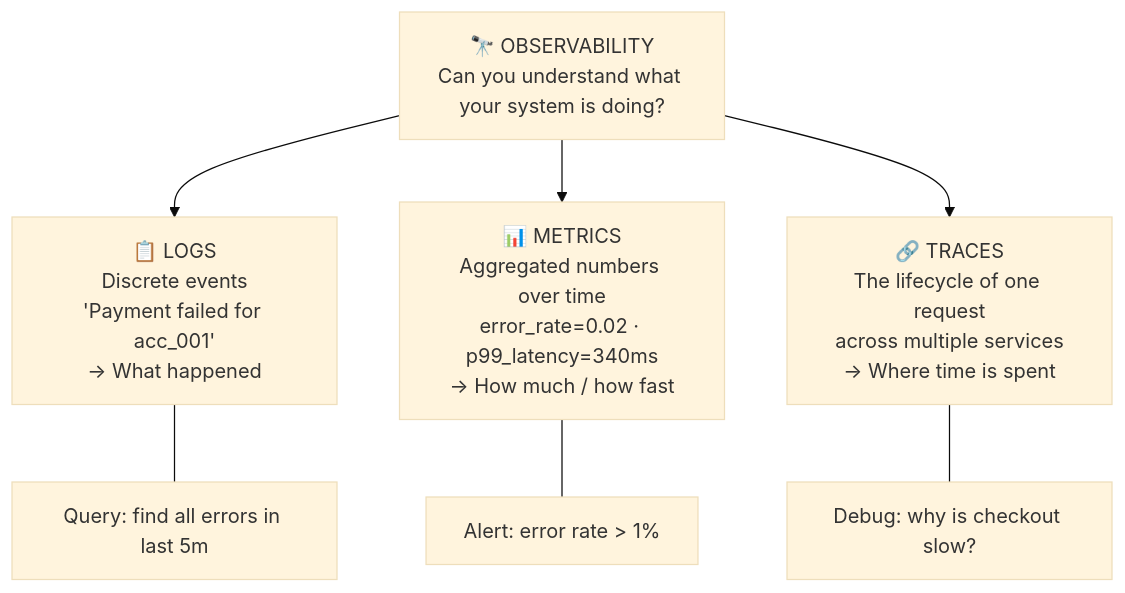
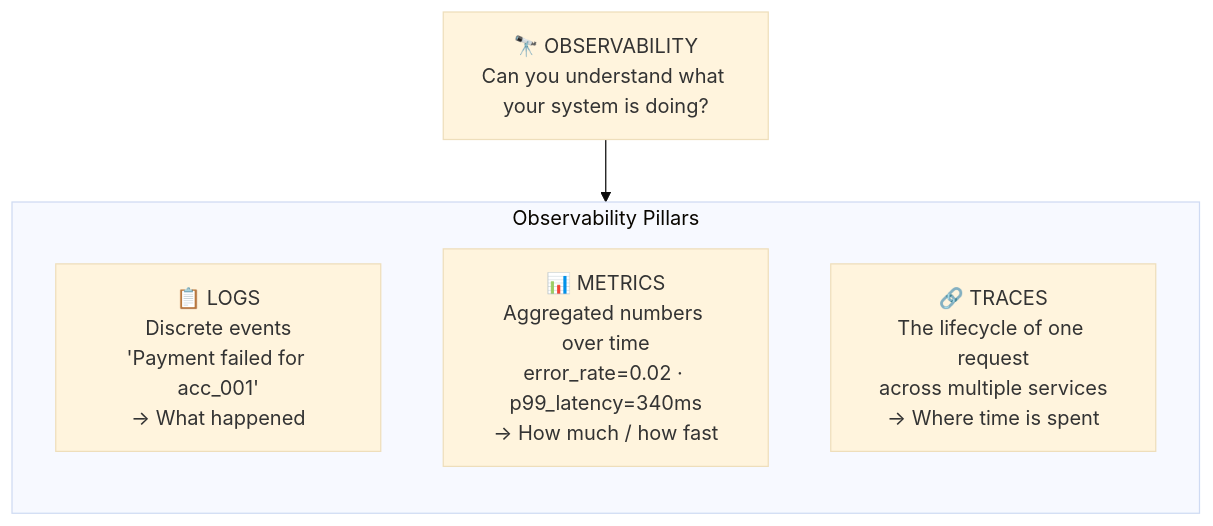
Before and after one commit to romangurevitch/GoTraining: the first of 9 diagrams in internal/fundamentals/security-and-observability/04-distributed-tracing.md, drawn with Mermaid (base theme). The commit also changed other lines of this file and 20 other files, not shown here.

````diff
--- a/internal/fundamentals/security-and-observability/04-distributed-tracing.md
+++ b/internal/fundamentals/security-and-observability/04-distributed-tracing.md
@@ -7,16 +7,13 @@
 ```mermaid
-graph TB
+graph TD
     OBS["🔭 OBSERVABILITY<br/>Can you understand what your system is doing?"]
 
-    LOGS["📋 LOGS<br/>Discrete events<br/>'Payment failed for acc_001'<br/>→ What happened"]
-    METRICS["📊 METRICS<br/>Aggregated numbers over time<br/>error_rate=0.02 · p99_latency=340ms<br/>→ How much / how fast"]
-    TRACES["🔗 TRACES<br/>The lifecycle of one request<br/>across multiple services<br/>→ Where time is spent"]
+    subgraph Pillars["Observability Pillars"]
+        direction TB
+        LOGS["📋 LOGS<br/>Discrete events<br/>'Payment failed for acc_001'<br/>→ What happened"]
+        METRICS["📊 METRICS<br/>Aggregated numbers over time<br/>error_rate=0.02 · p99_latency=340ms<br/>→ How much / how fast"]
+        TRACES["🔗 TRACES<br/>The lifecycle of one request<br/>across multiple services<br/>→ Where time is spent"]
+    end
 
-    OBS --> LOGS
-    OBS --> METRICS
-    OBS --> TRACES
-
-    LOGS --- Q1["Query: find all errors in last 5m"]
-    METRICS --- Q2["Alert: error rate > 1%"]
-    TRACES --- Q3["Debug: why is checkout slow?"]
+    OBS --> Pillars
 ```
````
